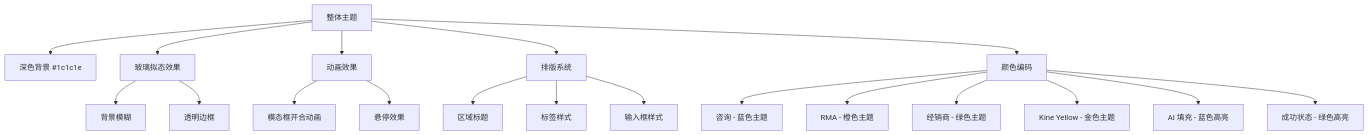
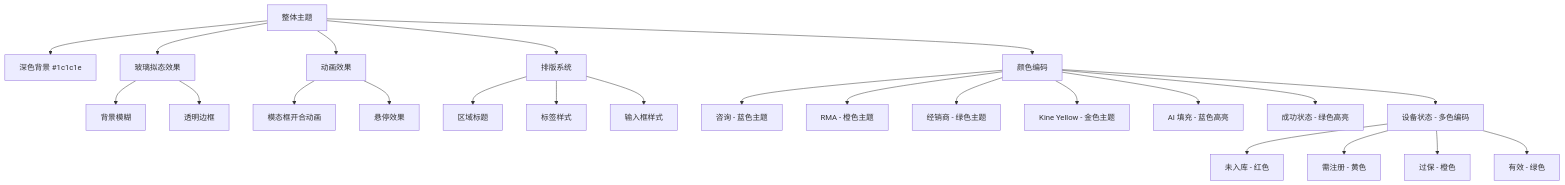
One commit to CubeEdge/Longhorn changed diagram 13 of 35 in .qoder/repowiki/zh/content/TicketCreationModal 工单创建模态框.md. Above: the diagram before and after it, drawn with Mermaid. The commit also changed other lines of this file and 47 other files, not shown here.

````diff
--- a/.qoder/repowiki/zh/content/TicketCreationModal 工单创建模态框.md
+++ b/.qoder/repowiki/zh/content/TicketCreationModal 工单创建模态框.md
@@ -495,21 +781,26 @@
 ```mermaid
 flowchart TD
 Theme[整体主题] --> DarkBackground[深色背景 #1c1c1e]
 Theme --> GlassEffect[玻璃拟态效果]
 GlassEffect --> Blur[背景模糊]
 GlassEffect --> Border[透明边框]
 Theme --> Animation[动画效果]
 Animation --> ModalIn[模态框开合动画]
 Animation --> Hover[悬停效果]
 Theme --> Typography[排版系统]
 Typography --> SectionTitle[区域标题]
 Typography --> Label[标签样式]
 Typography --> Input[输入框样式]
 Theme --> ColorCoding[颜色编码]
 ColorCoding --> InquiryBlue[咨询 - 蓝色主题]
 ColorCoding --> RMAOrange[RMA - 橙色主题]
 ColorCoding --> DealerGreen[经销商 - 绿色主题]
 ColorCoding --> KineYellow[Kine Yellow - 金色主题]
 ColorCoding --> GhostField[AI 填充 - 蓝色高亮]
 ColorCoding --> SuccessGreen[成功状态 - 绿色高亮]
+ColorCoding --> DeviceStatus[设备状态 - 多色编码]
+DeviceStatus --> UnregisteredRed[未入库 - 红色]
+DeviceStatus --> NeedsRegistrationYellow[需注册 - 黄色]
+DeviceStatus --> ExpiredOrange[过保 - 橙色]
+DeviceStatus --> ValidGreen[有效 - 绿色]
 ```
````
